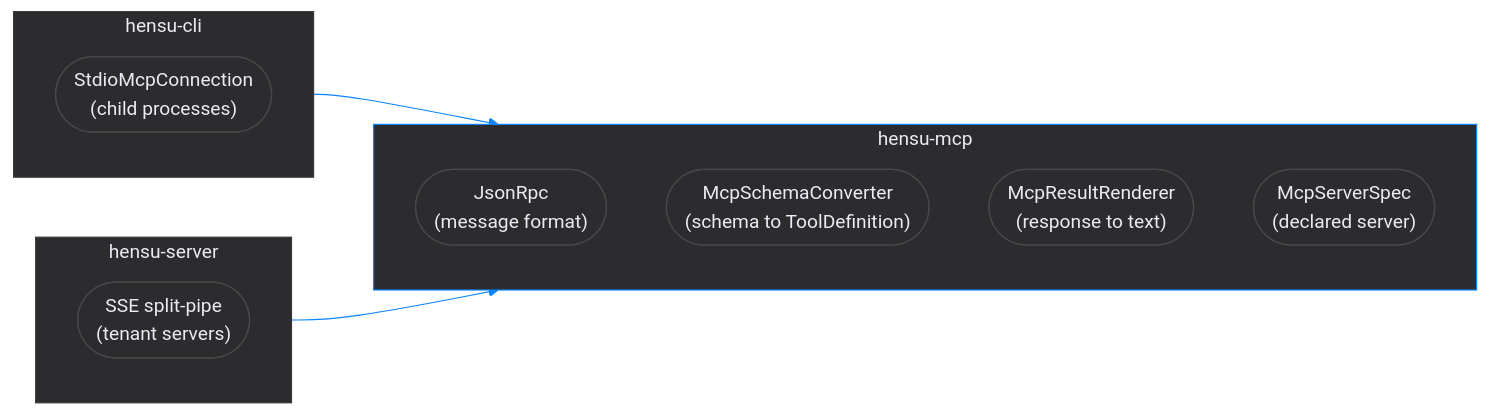
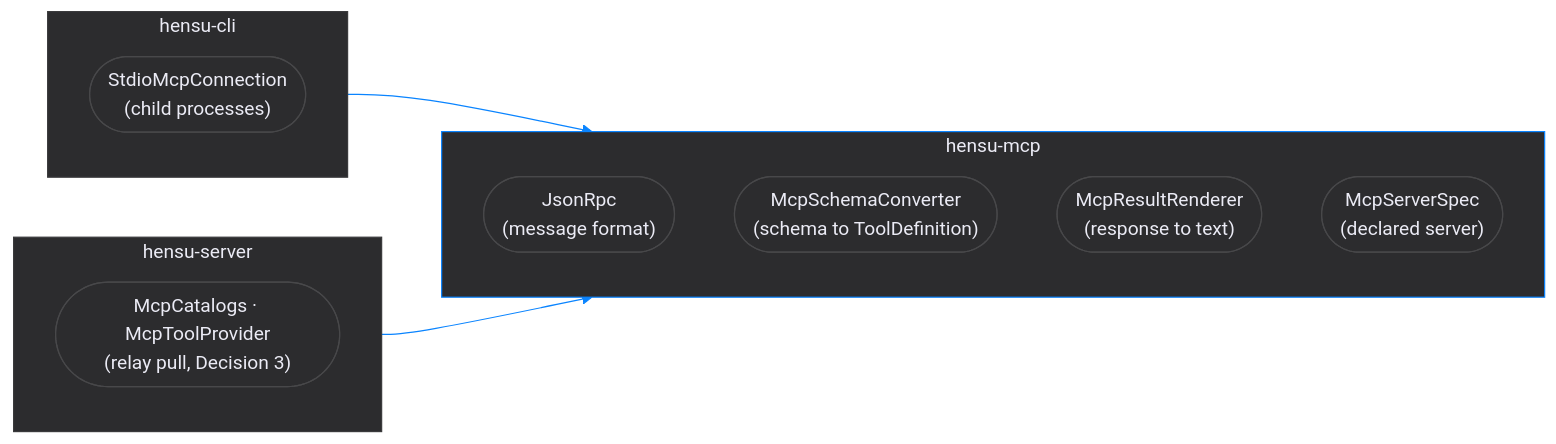
Before and after one commit to hensu-project/hensu: the diagram in hensu-mcp/README.md, drawn with Mermaid. The commit also changed other lines of this file and 224 other files, not shown here.

````diff
--- a/hensu-mcp/README.md
+++ b/hensu-mcp/README.md
@@ -25,36 +26,36 @@
 ```mermaid
 flowchart LR
     subgraph shared["hensu-mcp"]
         direction TB
         rpc(["JsonRpc\n(message format)"])
         conv(["McpSchemaConverter\n(schema to ToolDefinition)"])
         rend(["McpResultRenderer\n(response to text)"])
         spec(["McpServerSpec\n(declared server)"])
     end
 
     subgraph server["hensu-server"]
         direction TB
-        sse(["SSE split-pipe\n(tenant servers)"])
+        relay(["McpCatalogs · McpToolProvider\n(relay pull, Decision 3)"])
     end
 
     subgraph cli["hensu-cli"]
         direction TB
         stdio(["StdioMcpConnection\n(child processes)"])
     end
 
-    sse --> shared
+    relay --> shared
     stdio --> shared
 
     style shared fill:#2c2c2e, stroke:#0A84FF, color:#ebebf5, stroke-width:1px
     style server fill:#2c2c2e, stroke:#3a3a3c, color:#ebebf5, stroke-width:1px
     style cli    fill:#2c2c2e, stroke:#3a3a3c, color:#ebebf5, stroke-width:1px
 
     style rpc   fill:#2c2c2e, stroke:#48484a, color:#ebebf5, stroke-width:1px
     style conv  fill:#2c2c2e, stroke:#48484a, color:#ebebf5, stroke-width:1px
     style rend  fill:#2c2c2e, stroke:#48484a, color:#ebebf5, stroke-width:1px
     style spec  fill:#2c2c2e, stroke:#48484a, color:#ebebf5, stroke-width:1px
-    style sse   fill:#2c2c2e, stroke:#48484a, color:#ebebf5, stroke-width:1px
+    style relay fill:#2c2c2e, stroke:#48484a, color:#ebebf5, stroke-width:1px
     style stdio fill:#2c2c2e, stroke:#48484a, color:#ebebf5, stroke-width:1px
 
     linkStyle default stroke:#0A84FF, stroke-width:1px
 ```
````
